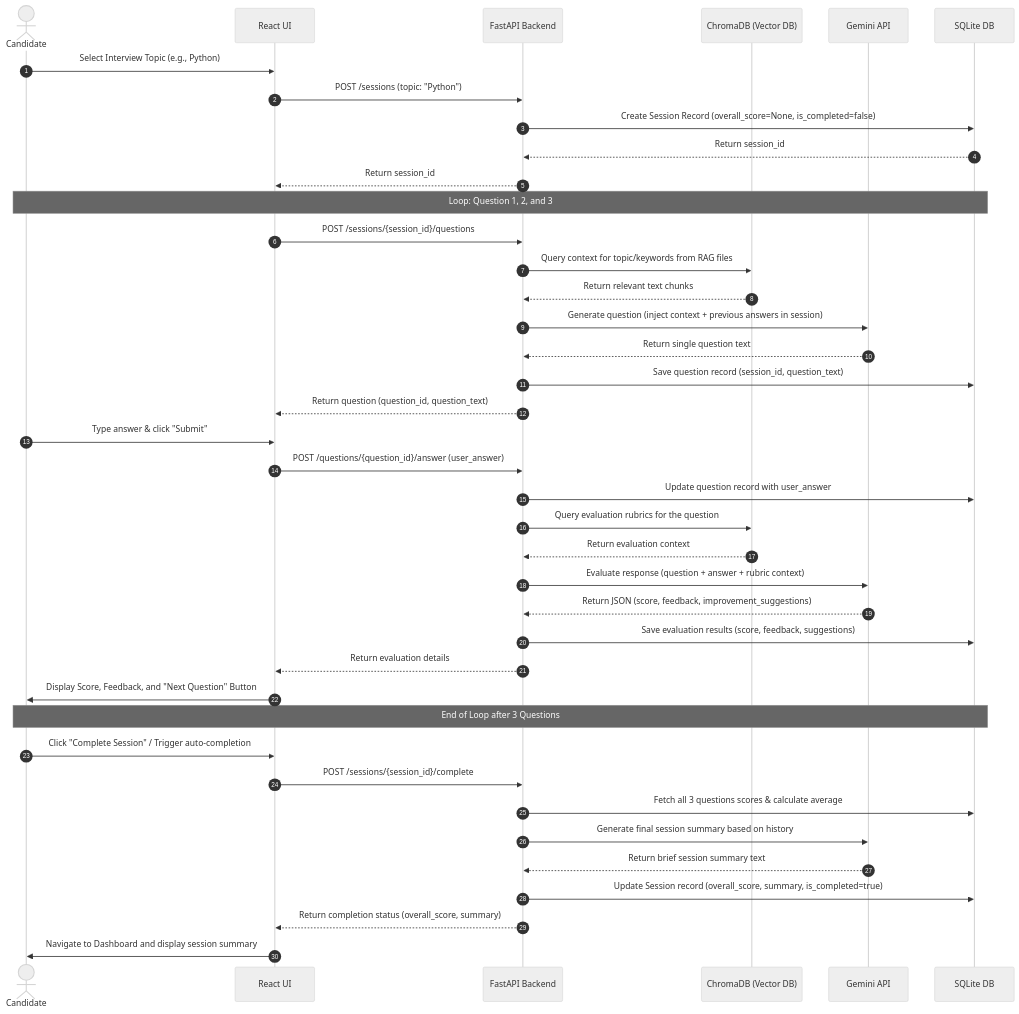
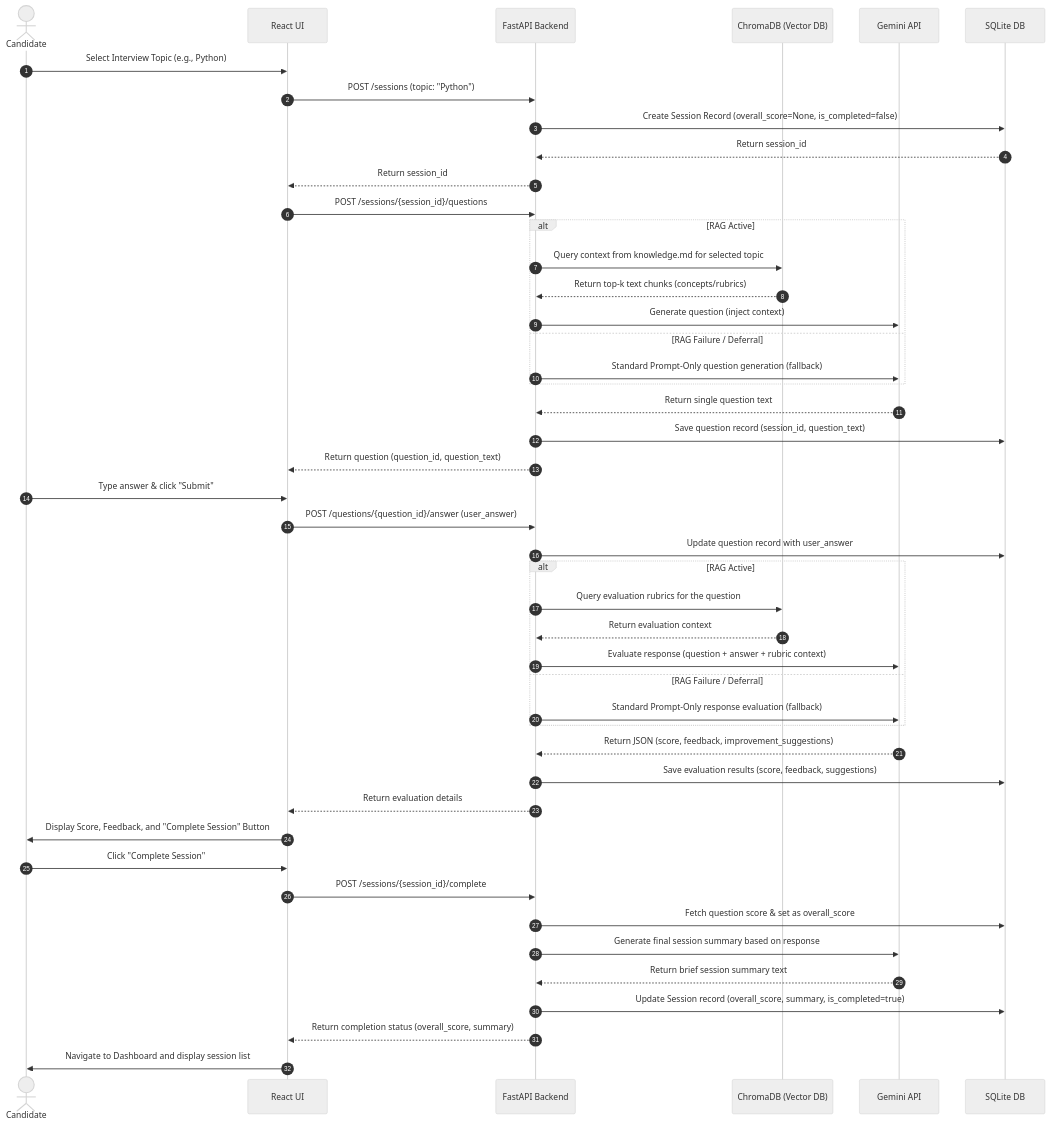
One commit to Sandhuu010/ai-interview-coach changed the second of 3 diagrams in docs/Architecture.md. Above: the diagram before and after it, drawn with Mermaid (neutral theme). The commit also changed other lines of this file and 3 other files, not shown here.

````diff
--- a/docs/Architecture.md
+++ b/docs/Architecture.md
@@ -63,48 +65,52 @@
 ```mermaid
 sequenceDiagram
     autonumber
     actor User as Candidate
     participant UI as React UI
     participant API as FastAPI Backend
     participant VDB as ChromaDB (Vector DB)
     participant LLM as Gemini API
     participant DB as SQLite DB
 
     User->>UI: Select Interview Topic (e.g., Python)
     UI->>API: POST /sessions (topic: "Python")
     API->>DB: Create Session Record (overall_score=None, is_completed=false)
     DB-->>API: Return session_id
     API-->>UI: Return session_id
 
-    Note over User, DB: Loop: Question 1, 2, and 3
-    
     UI->>API: POST /sessions/{session_id}/questions
-    API->>VDB: Query context for topic/keywords from RAG files
-    VDB-->>API: Return relevant text chunks
-    API->>LLM: Generate question (inject context + previous answers in session)
+    alt RAG Active
+        API->>VDB: Query context from knowledge.md for selected topic
+        VDB-->>API: Return top-k text chunks (concepts/rubrics)
+        API->>LLM: Generate question (inject context)
+    else RAG Failure / Deferral
+        API->>LLM: Standard Prompt-Only question generation (fallback)
+    end
     LLM-->>API: Return single question text
     API->>DB: Save question record (session_id, question_text)
     API-->>UI: Return question (question_id, question_text)
 
     User->>UI: Type answer & click "Submit"
     UI->>API: POST /questions/{question_id}/answer (user_answer)
     API->>DB: Update question record with user_answer
-    API->>VDB: Query evaluation rubrics for the question
-    VDB-->>API: Return evaluation context
-    API->>LLM: Evaluate response (question + answer + rubric context)
+    alt RAG Active
+        API->>VDB: Query evaluation rubrics for the question
+        VDB-->>API: Return evaluation context
+        API->>LLM: Evaluate response (question + answer + rubric context)
+    else RAG Failure / Deferral
+        API->>LLM: Standard Prompt-Only response evaluation (fallback)
+    end
     LLM-->>API: Return JSON (score, feedback, improvement_suggestions)
     API->>DB: Save evaluation results (score, feedback, suggestions)
     API-->>UI: Return evaluation details
-    UI->>User: Display Score, Feedback, and "Next Question" Button
-    
-    Note over User, DB: End of Loop after 3 Questions
+    UI->>User: Display Score, Feedback, and "Complete Session" Button
 
-    User->>UI: Click "Complete Session" / Trigger auto-completion
+    User->>UI: Click "Complete Session"
     UI->>API: POST /sessions/{session_id}/complete
-    API->>DB: Fetch all 3 questions scores & calculate average
-    API->>LLM: Generate final session summary based on history
+    API->>DB: Fetch question score & set as overall_score
+    API->>LLM: Generate final session summary based on response
     LLM-->>API: Return brief session summary text
     API->>DB: Update Session record (overall_score, summary, is_completed=true)
     API-->>UI: Return completion status (overall_score, summary)
-    UI->>User: Navigate to Dashboard and display session summary
+    UI->>User: Navigate to Dashboard and display session list
 ```
````
